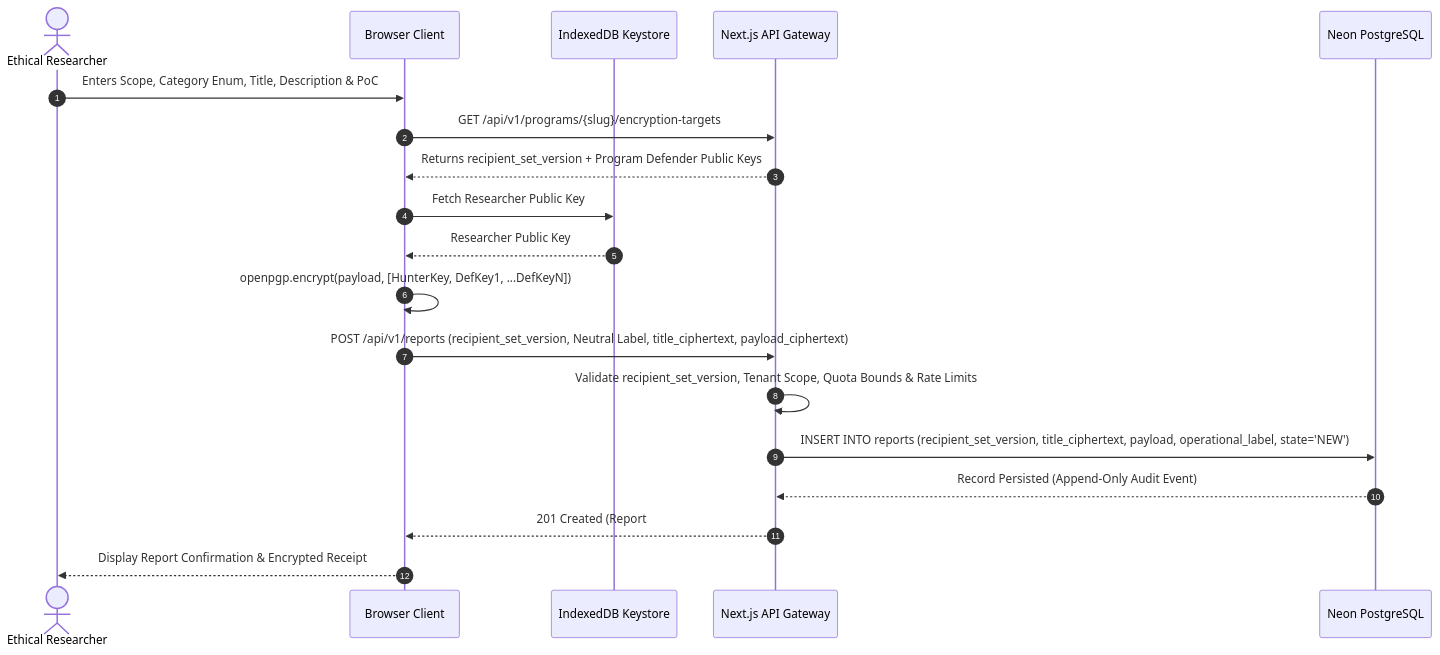
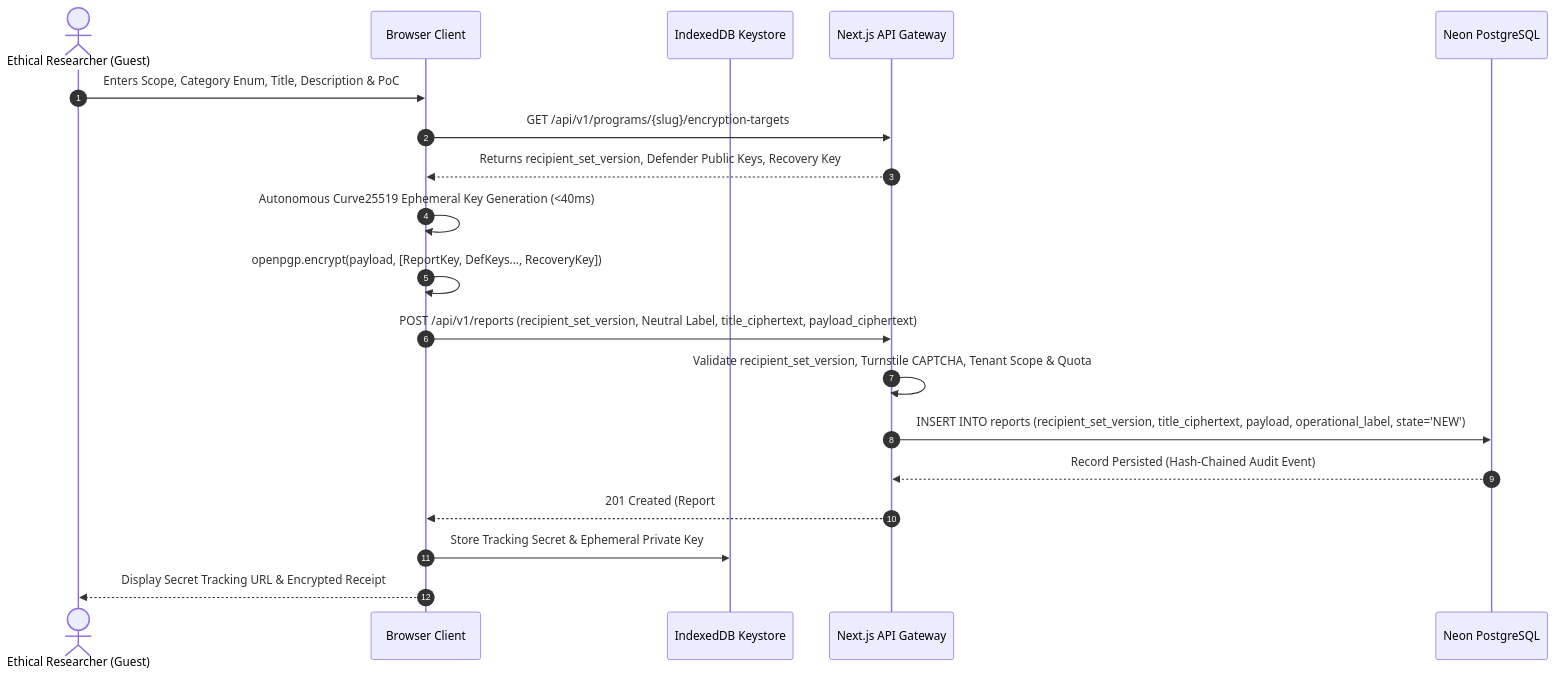
Before and after one commit to Taha-Asad/BugBountyTracker: the third of 6 diagrams in requirements/SRS.md, drawn with Mermaid. The commit also changed other lines of this file and 15 other files, not shown here.

Commit message:
feat(spec): release v3.2.0 baseline with Lemon Squeezy MoR, guest intake, offline recovery key, and 424h WBS

````diff
--- a/requirements/SRS.md
+++ b/requirements/SRS.md
@@ -405,23 +408,22 @@
 ```mermaid
 sequenceDiagram
     autonumber
-    actor Hunter as Ethical Researcher
+    actor Hunter as Ethical Researcher (Guest)
     participant Browser as Browser Client
     participant KeyStore as IndexedDB Keystore
     participant Server as Next.js API Gateway
     participant DB as Neon PostgreSQL
 
     Hunter->>Browser: Enters Scope, Category Enum, Title, Description & PoC
     Browser->>Server: GET /api/v1/programs/{slug}/encryption-targets
-    Server-->>Browser: Returns recipient_set_version + Program Defender Public Keys
-    Browser->>KeyStore: Fetch Researcher Public Key
-    KeyStore-->>Browser: Researcher Public Key
-    Browser->>Browser: openpgp.encrypt(payload, [HunterKey, DefKey1, ...DefKeyN])
+    Server-->>Browser: Returns recipient_set_version, Defender Public Keys, Recovery Key
+    Browser->>Browser: Autonomous Curve25519 Ephemeral Key Generation (<40ms)
+    Browser->>Browser: openpgp.encrypt(payload, [ReportKey, DefKeys..., RecoveryKey])
     Browser->>Server: POST /api/v1/reports (recipient_set_version, Neutral Label, title_ciphertext, payload_ciphertext)
-    Server->>Server: Validate recipient_set_version, Tenant Scope, Quota Bounds & Rate Limits
+    Server->>Server: Validate recipient_set_version, Turnstile CAPTCHA, Tenant Scope & Quota
     Server->>DB: INSERT INTO reports (recipient_set_version, title_ciphertext, payload, operational_label, state='NEW')
-    DB-->>Server: Record Persisted (Append-Only Audit Event)
-    Server-->>Browser: 201 Created (Report #BBT-102)
-    Browser-->>Hunter: Display Report Confirmation & Encrypted Receipt
-
+    DB-->>Server: Record Persisted (Hash-Chained Audit Event)
+    Server-->>Browser: 201 Created (Report #BBT-102 + Tracking Token)
+    Browser->>KeyStore: Store Tracking Secret & Ephemeral Private Key
+    Browser-->>Hunter: Display Secret Tracking URL & Encrypted Receipt
 ```
````
